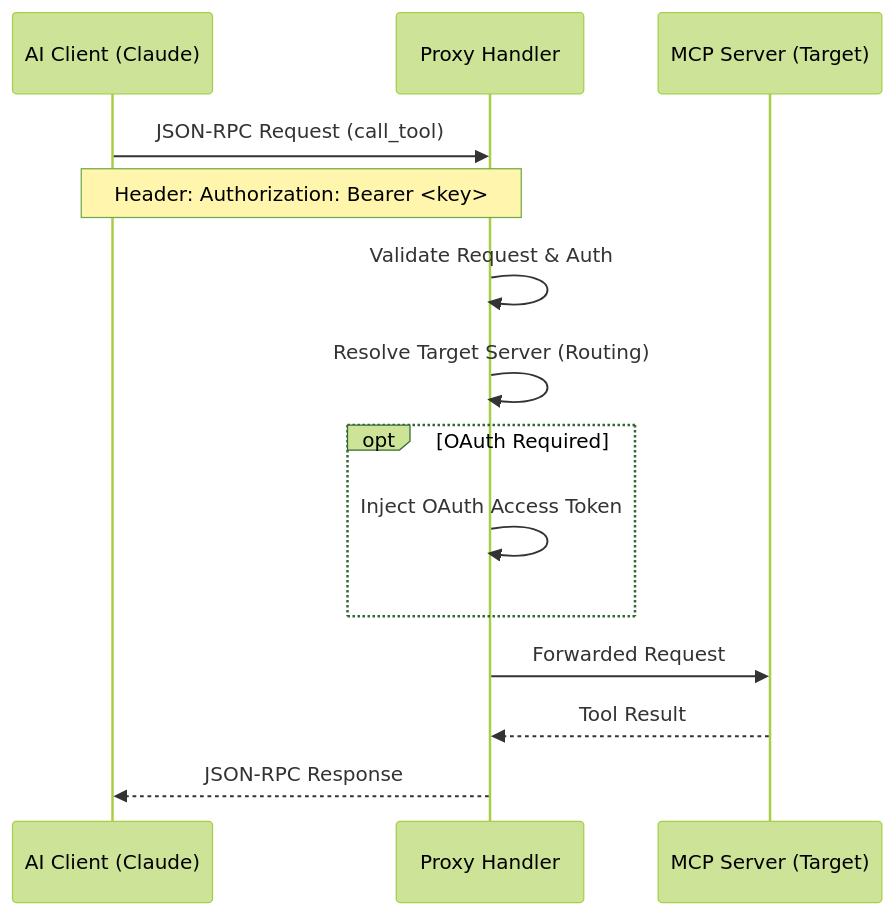
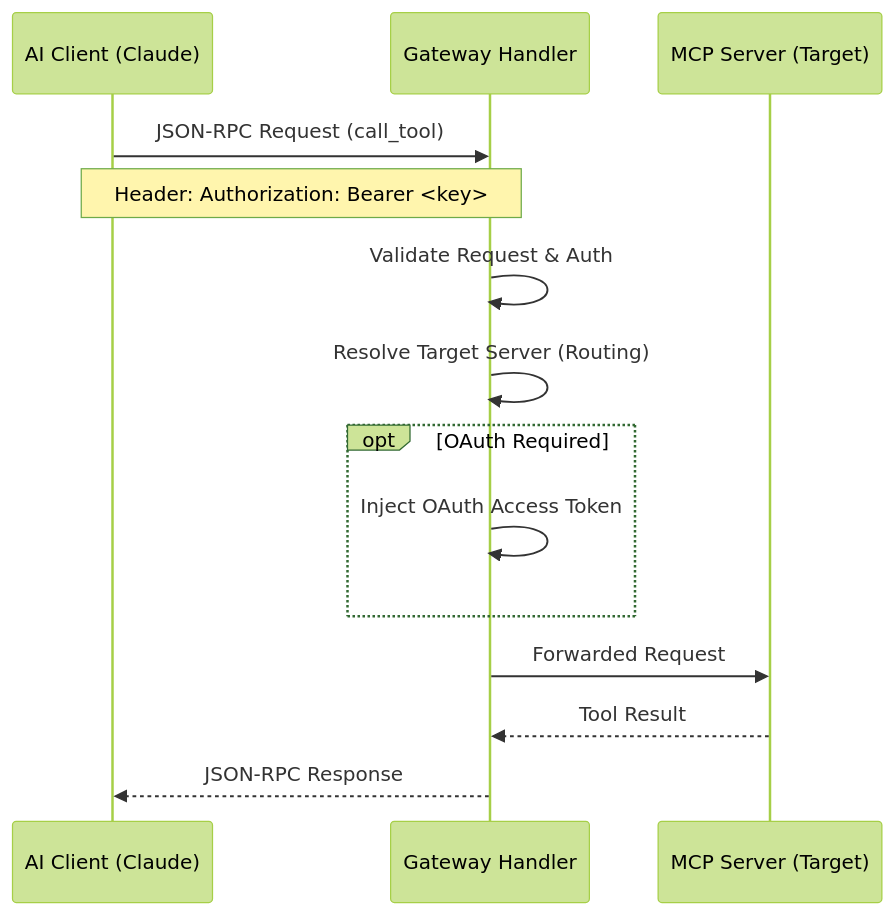
The second of 2 diagrams in docs/explanation/overview.md (DXHeroes/local-mcp-gateway), drawn with Mermaid (forest theme) before and after one commit. The commit also changed other lines of this file and 61 other files, not shown here.

````diff
--- a/docs/explanation/overview.md
+++ b/docs/explanation/overview.md
@@ -57,21 +57,21 @@
 ```mermaid
 sequenceDiagram
     participant AI as AI Client (Claude)
-    participant P as Proxy Handler
+    participant G as Gateway Handler
     participant S as MCP Server (Target)
 
-    AI->>P: JSON-RPC Request (call_tool)
-    Note over AI,P: Header: Authorization: Bearer <key>
-    
-    P->>P: Validate Request & Auth
-    P->>P: Resolve Target Server (Routing)
-    
+    AI->>G: JSON-RPC Request (call_tool)
+    Note over AI,G: Header: Authorization: Bearer <key>
+
+    G->>G: Validate Request & Auth
+    G->>G: Resolve Target Server (Routing)
+
     opt OAuth Required
-        P->>P: Inject OAuth Access Token
+        G->>G: Inject OAuth Access Token
     end
 
-    P->>S: Forwarded Request
-    S-->>P: Tool Result
-    
-    P-->>AI: JSON-RPC Response
+    G->>S: Forwarded Request
+    S-->>G: Tool Result
+
+    G-->>AI: JSON-RPC Response
 ```
````
